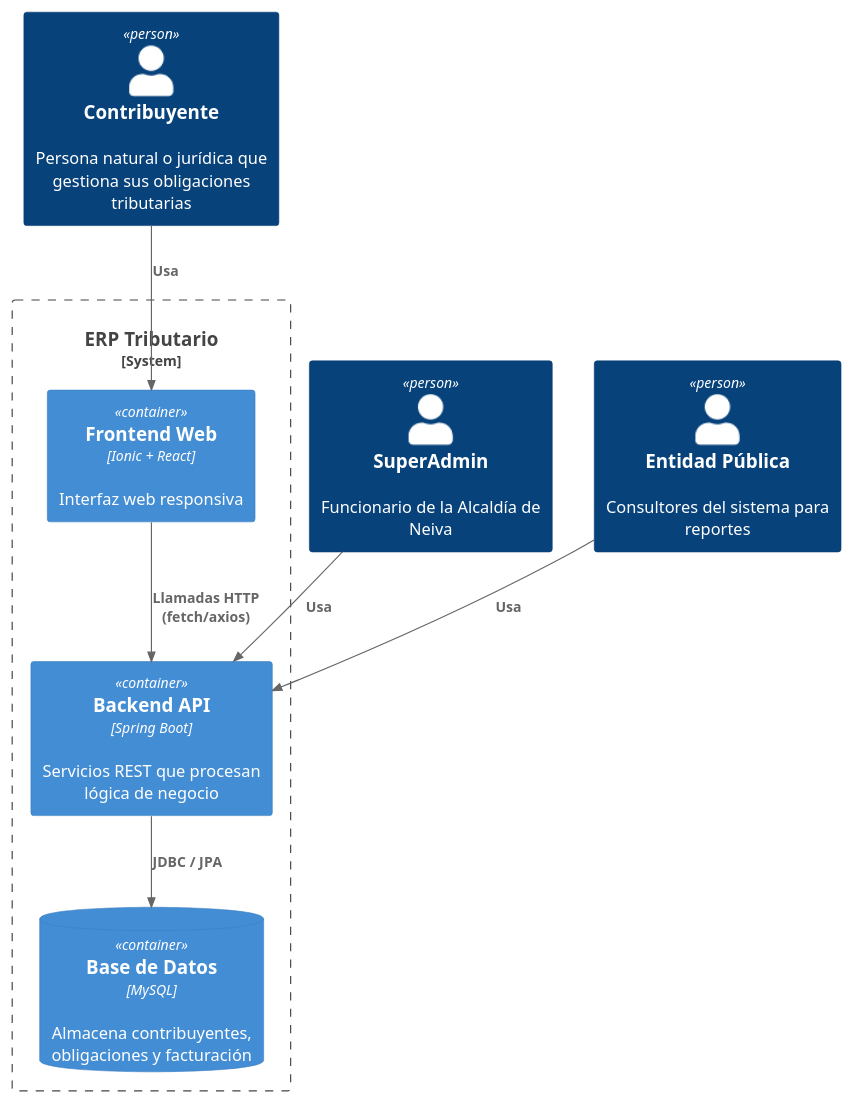
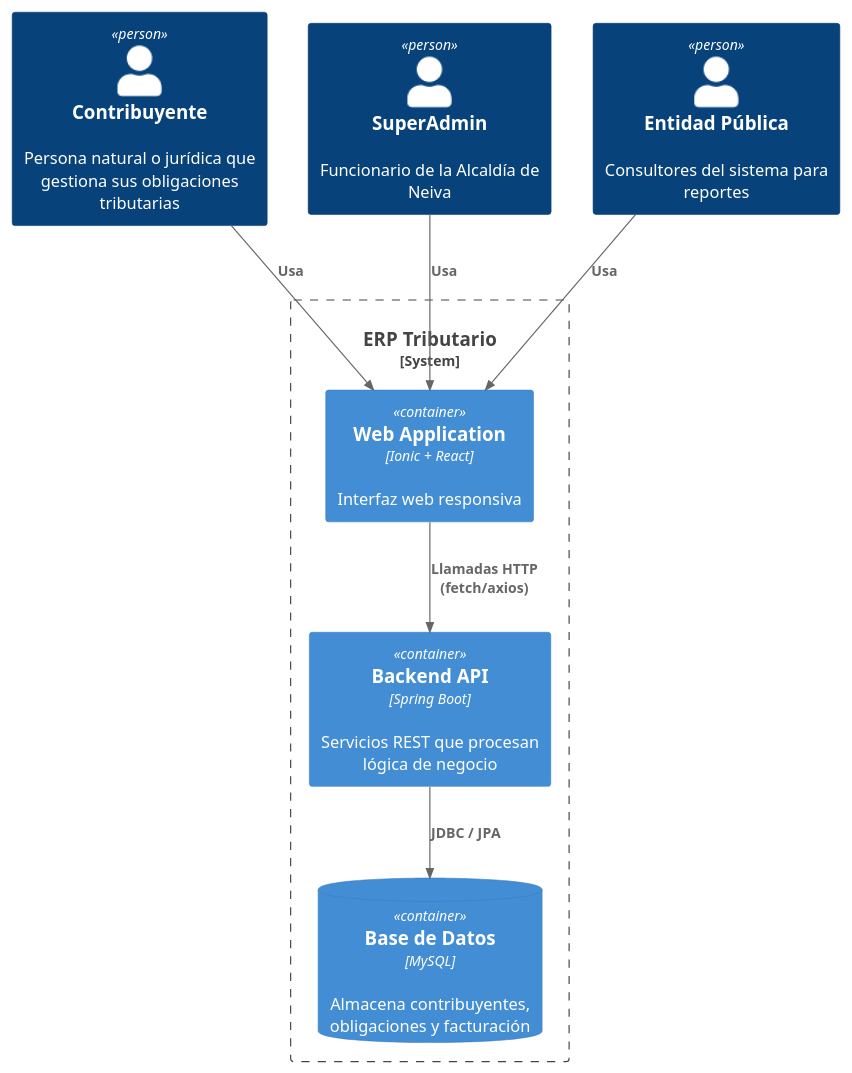
The diagram in DISEÑO DE SISTEMAS_PROJECT/08_ Modelo BD & Modelo C4/MODELO C4/diagrama_contenedores/diagrama_contenedores.wsd (AsolanoT/Dise-o_Sistemas_2025), drawn with PlantUML before and after one commit. The commit also changed 4 other files, not shown here.

```diff
--- a/DISEÑO DE SISTEMAS_PROJECT/08_ Modelo BD & Modelo C4/MODELO C4/diagrama_contenedores/diagrama_contenedores.wsd
+++ b/DISEÑO DE SISTEMAS_PROJECT/08_ Modelo BD & Modelo C4/MODELO C4/diagrama_contenedores/diagrama_contenedores.wsd
@@ -1,25 +1,25 @@
 @startuml
 !includeurl https://raw.githubusercontent.com/plantuml-stdlib/C4-PlantUML/master/C4_Container.puml
 LAYOUT_TOP_DOWN()
 
 ' Personas
 Person(contribuyente, "Contribuyente", "Persona natural o jurídica que gestiona sus obligaciones tributarias")
 Person(superadmin, "SuperAdmin", "Funcionario de la Alcaldía de Neiva")
 Person(entidad, "Entidad Pública", "Consultores del sistema para reportes")
 
 ' Sistema principal
 System_Boundary(erp, "ERP Tributario") {
-  Container(web, "Frontend Web", "Ionic + React", "Interfaz web responsiva")
+  Container(web, "Web Application", "Ionic + React", "Interfaz web responsiva")
   Container(api, "Backend API", "Spring Boot", "Servicios REST que procesan lógica de negocio")
   ContainerDb(db, "Base de Datos", "MySQL", "Almacena contribuyentes, obligaciones y facturación")
 }
 
 ' Relaciones entre actores y sistema
 Rel(contribuyente, web, "Usa")
 Rel(web, api, "Llamadas HTTP (fetch/axios)")
 Rel(api, db, "JDBC / JPA")
 
-Rel(superadmin, api, "Usa")
-Rel(entidad, api, "Usa")
+Rel(superadmin, web, "Usa")
+Rel(entidad, web, "Usa")
 
 @enduml
```
